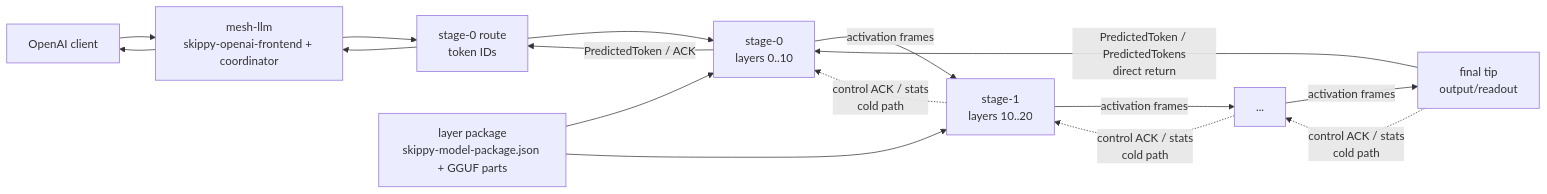
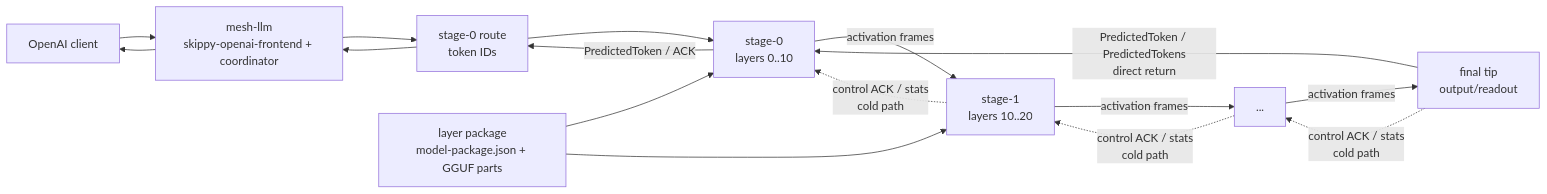
Before and after one commit to 76287298092/mesh-llm: the first of 3 diagrams in crates/skippy-serving/README.md, drawn with Mermaid. The commit also changed other lines of this file and 69 other files, not shown here.

````diff
--- a/crates/skippy-serving/README.md
+++ b/crates/skippy-serving/README.md
@@ -49,20 +49,20 @@
 ```mermaid
 flowchart LR
     C["OpenAI client"] --> Mesh["mesh-llm<br/>skippy-openai-frontend + coordinator"]
     Mesh --> D["stage-0 route<br/>token IDs"]
     D --> S0["stage-0<br/>layers 0..10"]
     S0 -->|activation frames| S1["stage-1<br/>layers 10..20"]
     S1 -->|activation frames| S2["..."]
     S2 -->|activation frames| SF["final tip<br/>output/readout"]
     SF -->|PredictedToken / PredictedTokens<br/>direct return| S0
     S0 -->|PredictedToken / ACK| D
     D --> Mesh
     Mesh --> C
 
     SF -.->|control ACK / stats<br/>cold path| S2
     S2 -.->|control ACK / stats<br/>cold path| S1
     S1 -.->|control ACK / stats<br/>cold path| S0
 
-    P["layer package<br/>skippy-model-package.json + GGUF parts"] --> S0
+    P["layer package<br/>model-package.json + GGUF parts"] --> S0
     P --> S1
 ```
````
